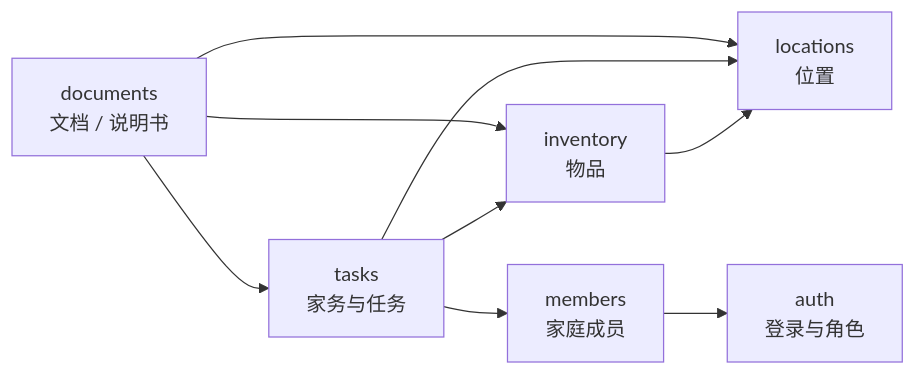
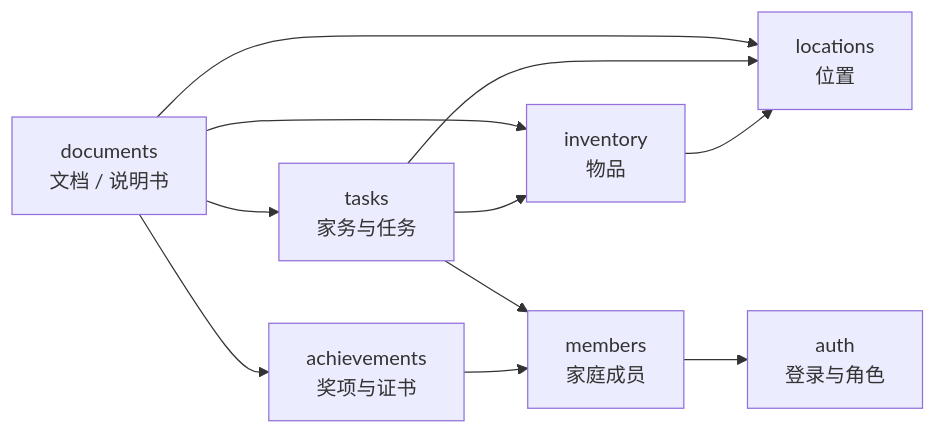
One commit to Geno1024-AIGC/home-erp-modern changed the diagram in docs/08-domain.md. Above: the diagram before and after it, drawn with Mermaid. The commit also changed other lines of this file and 5 other files, not shown here.

````diff
--- a/docs/08-domain.md
+++ b/docs/08-domain.md
@@ -25,11 +26,14 @@
 ```mermaid
 flowchart LR
     Members["members<br/>家庭成员"] --> Auth["auth<br/>登录与角色"]
     Inventory["inventory<br/>物品"] --> Locations["locations<br/>位置"]
     Tasks["tasks<br/>家务与任务"] --> Locations
     Tasks --> Inventory
     Documents["documents<br/>文档 / 说明书"] --> Inventory
     Documents --> Locations
     Documents --> Tasks
+    Achievements["achievements<br/>奖项与证书"]
+    Documents --> Achievements
+    Achievements --> Members
     Tasks --> Members
 ```
````
